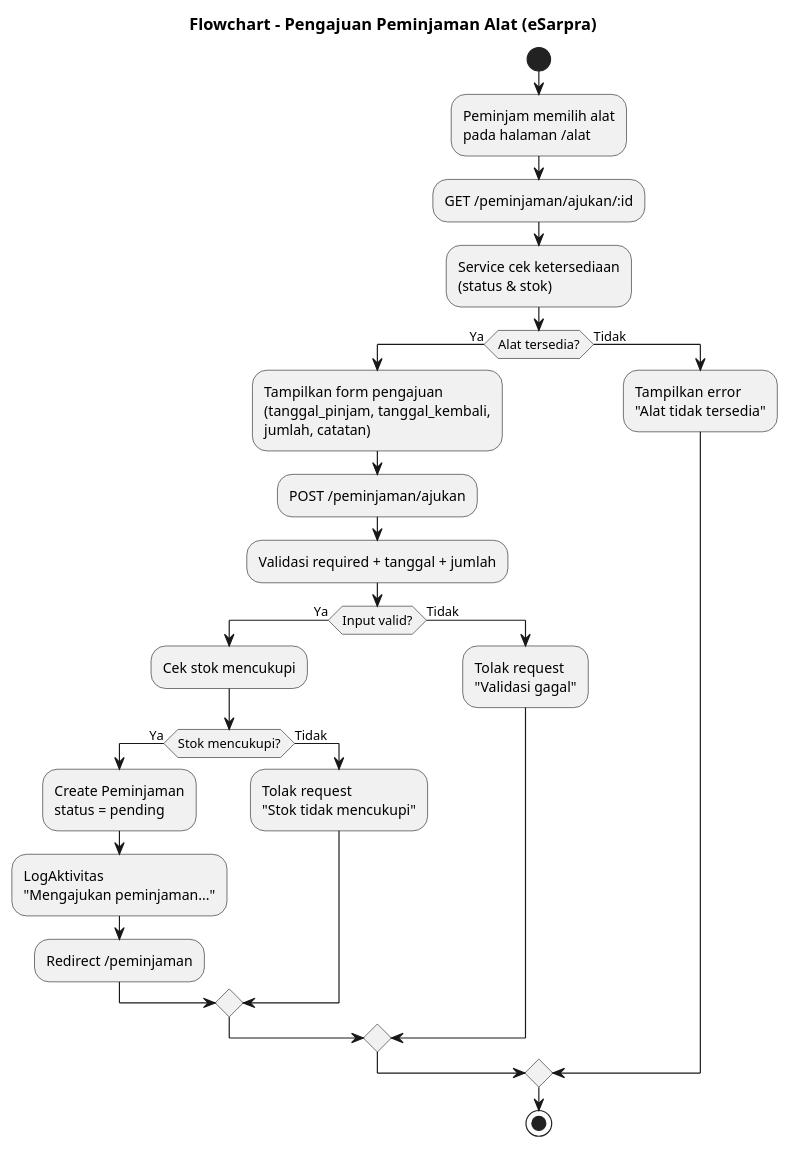
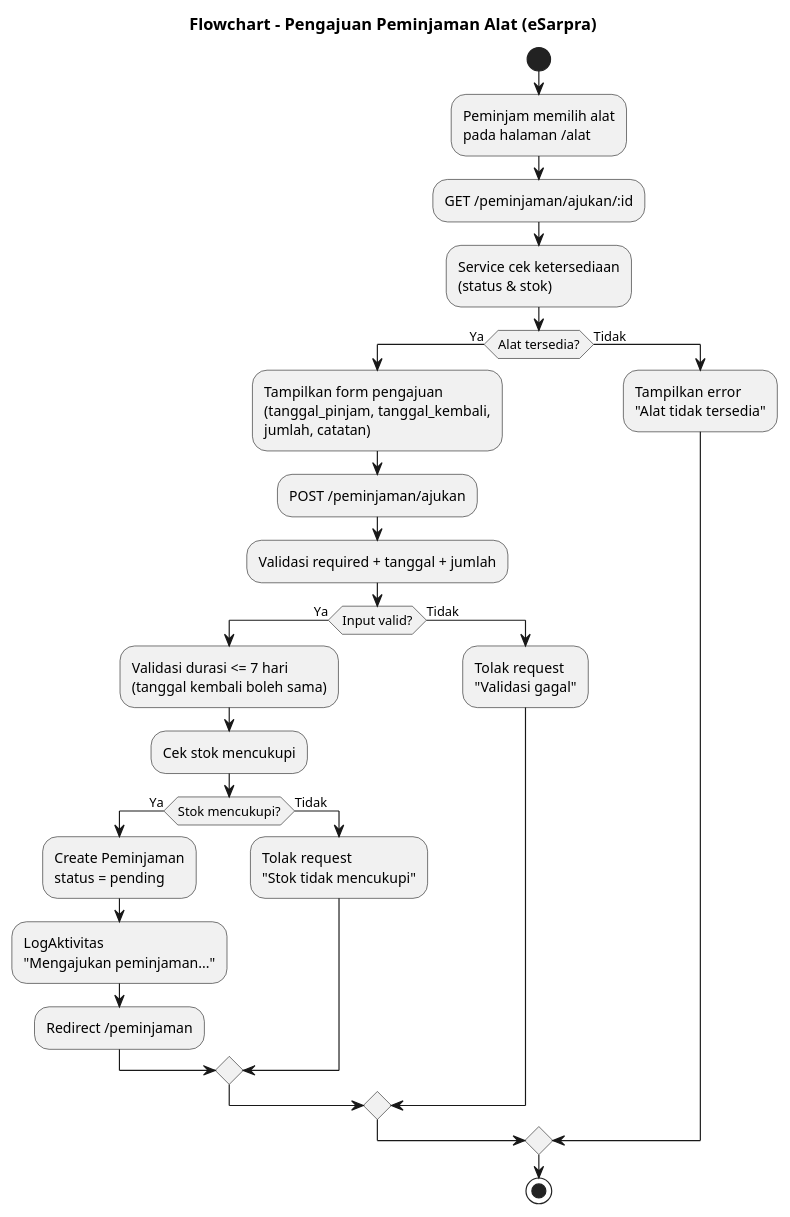
One commit to farsy06/ukk changed the diagram in docs/uml/peminjaman-flowchart.puml. Above: the diagram before and after it, drawn with PlantUML. The commit also changed other lines of this file and 7 other files, not shown here.

First line of the commit message:
Refactor ERD and flowcharts for improved clarity and functionality

```diff
--- a/docs/uml/peminjaman-flowchart.puml
+++ b/docs/uml/peminjaman-flowchart.puml
@@ -1,31 +1,32 @@
 @startuml
 title Flowchart - Pengajuan Peminjaman Alat (eSarpra)
 
 start
 :Peminjam memilih alat\npada halaman /alat;
 :GET /peminjaman/ajukan/:id;
 :Service cek ketersediaan\n(status & stok);
 
 if (Alat tersedia?) then (Ya)
   :Tampilkan form pengajuan\n(tanggal_pinjam, tanggal_kembali,\njumlah, catatan);
   :POST /peminjaman/ajukan;
   :Validasi required + tanggal + jumlah;
 
   if (Input valid?) then (Ya)
+    :Validasi durasi <= 7 hari\n(tanggal kembali boleh sama);
     :Cek stok mencukupi;
     if (Stok mencukupi?) then (Ya)
       :Create Peminjaman\nstatus = pending;
       :LogAktivitas\n"Mengajukan peminjaman...";
       :Redirect /peminjaman;
     else (Tidak)
       :Tolak request\n"Stok tidak mencukupi";
     endif
   else (Tidak)
     :Tolak request\n"Validasi gagal";
   endif
 else (Tidak)
   :Tampilkan error\n"Alat tidak tersedia";
 endif
 
 stop
 @enduml
```
